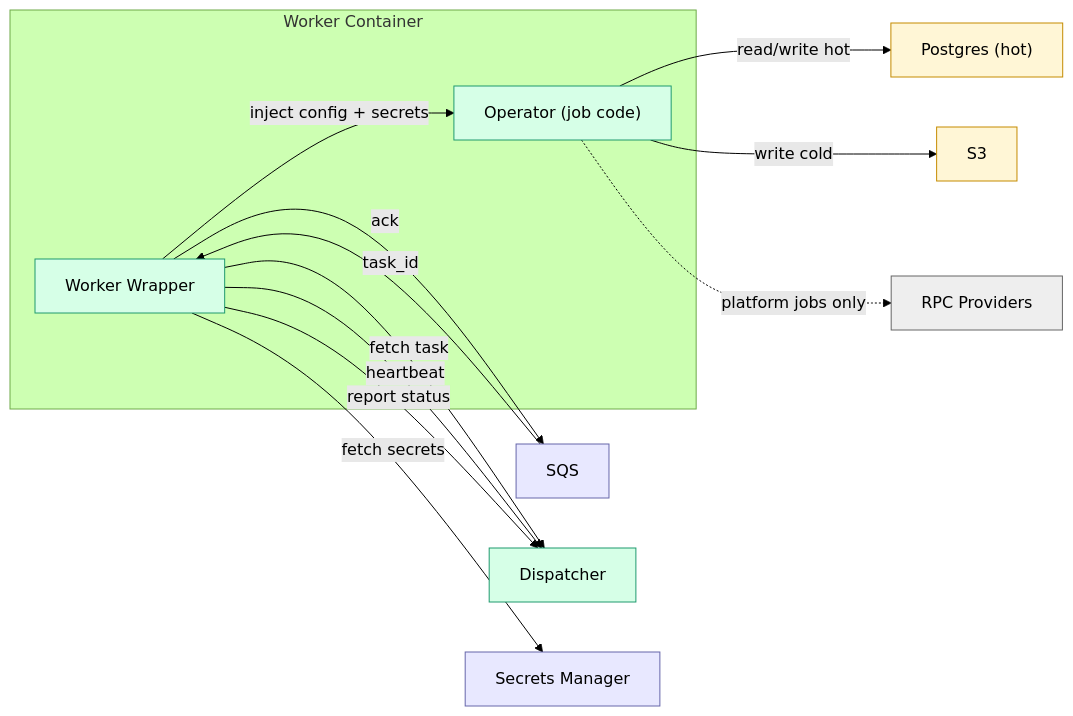
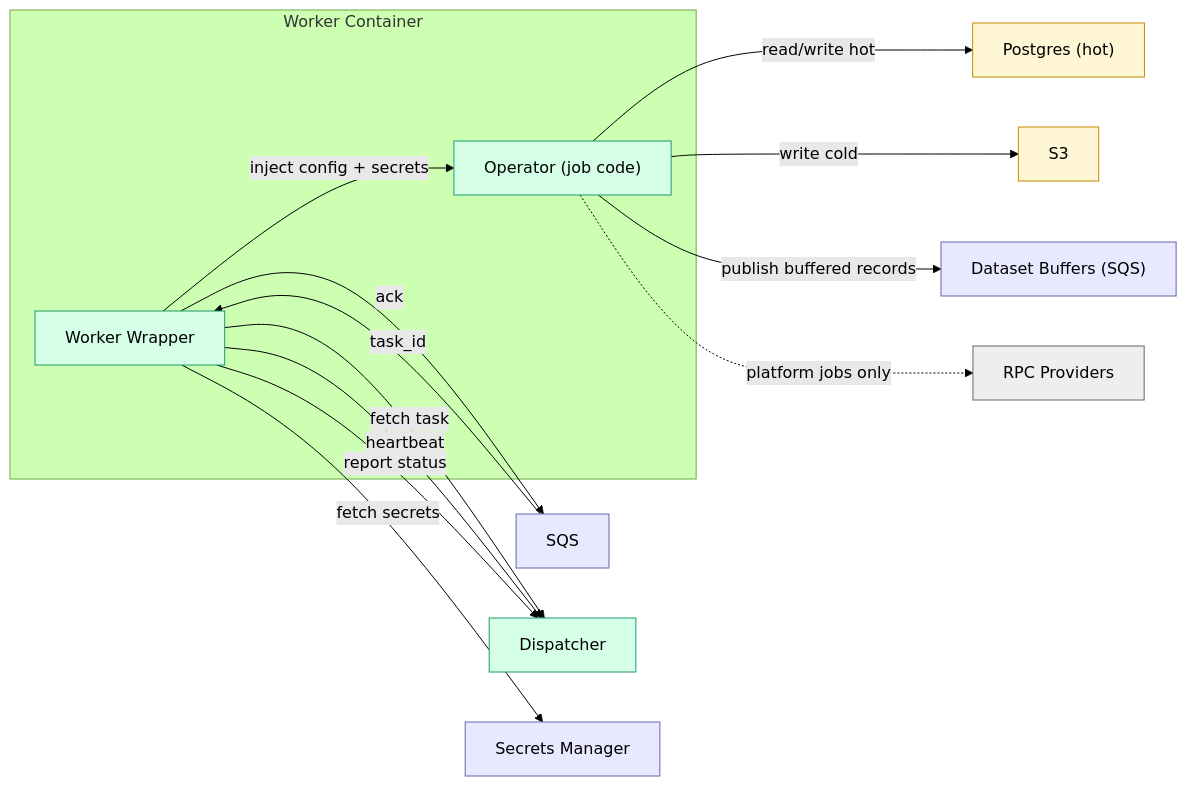
The second of 3 diagrams in docs/architecture/overview.md (c7121/trace), drawn with Mermaid (forest theme) before and after one commit. The commit also changed other lines of this file and 8 other files, not shown here.

````diff
--- a/docs/architecture/overview.md
+++ b/docs/architecture/overview.md
@@ -250,32 +269,34 @@
 ```mermaid
-flowchart LR
-    subgraph Worker["Worker Container"]
-        wrapper["Worker Wrapper"]:::component
-        operator["Operator (job code)"]:::component
-    end
-
-    sqs["SQS"]:::infra
-    dispatcher["Dispatcher"]:::component
-    postgres_hot["Postgres (hot)"]:::database
-    s3["S3"]:::database
-    secrets["Secrets Manager"]:::infra
-    rpc["RPC Providers"]:::ext
+	flowchart LR
+	    subgraph Worker["Worker Container"]
+	        wrapper["Worker Wrapper"]:::component
+	        operator["Operator (job code)"]:::component
+	    end
+	
+	    sqs["SQS"]:::infra
+	    buffers["Dataset Buffers (SQS)"]:::infra
+	    dispatcher["Dispatcher"]:::component
+	    postgres_hot["Postgres (hot)"]:::database
+	    s3["S3"]:::database
+	    secrets["Secrets Manager"]:::infra
+	    rpc["RPC Providers"]:::ext
 
     sqs -->|task_id| wrapper
     wrapper -->|fetch task| dispatcher
     wrapper -->|fetch secrets| secrets
     wrapper -->|inject config + secrets| operator
     wrapper -->|heartbeat| dispatcher
     
-    operator -->|read/write hot| postgres_hot
-    operator -->|write cold| s3
-    operator -.->|platform jobs only| rpc
+	    operator -->|read/write hot| postgres_hot
+	    operator -->|write cold| s3
+	    operator -->|publish buffered records| buffers
+	    operator -.->|platform jobs only| rpc
     
     wrapper -->|report status| dispatcher
     wrapper -->|ack| sqs
 
     classDef component fill:#d6ffe7,stroke:#1f9a6f,color:#000;
     classDef infra fill:#e8e8ff,stroke:#6666aa,color:#000;
     classDef database fill:#fff6d6,stroke:#c58b00,color:#000;
     classDef ext fill:#eee,stroke:#666,color:#000;
 ```
````
